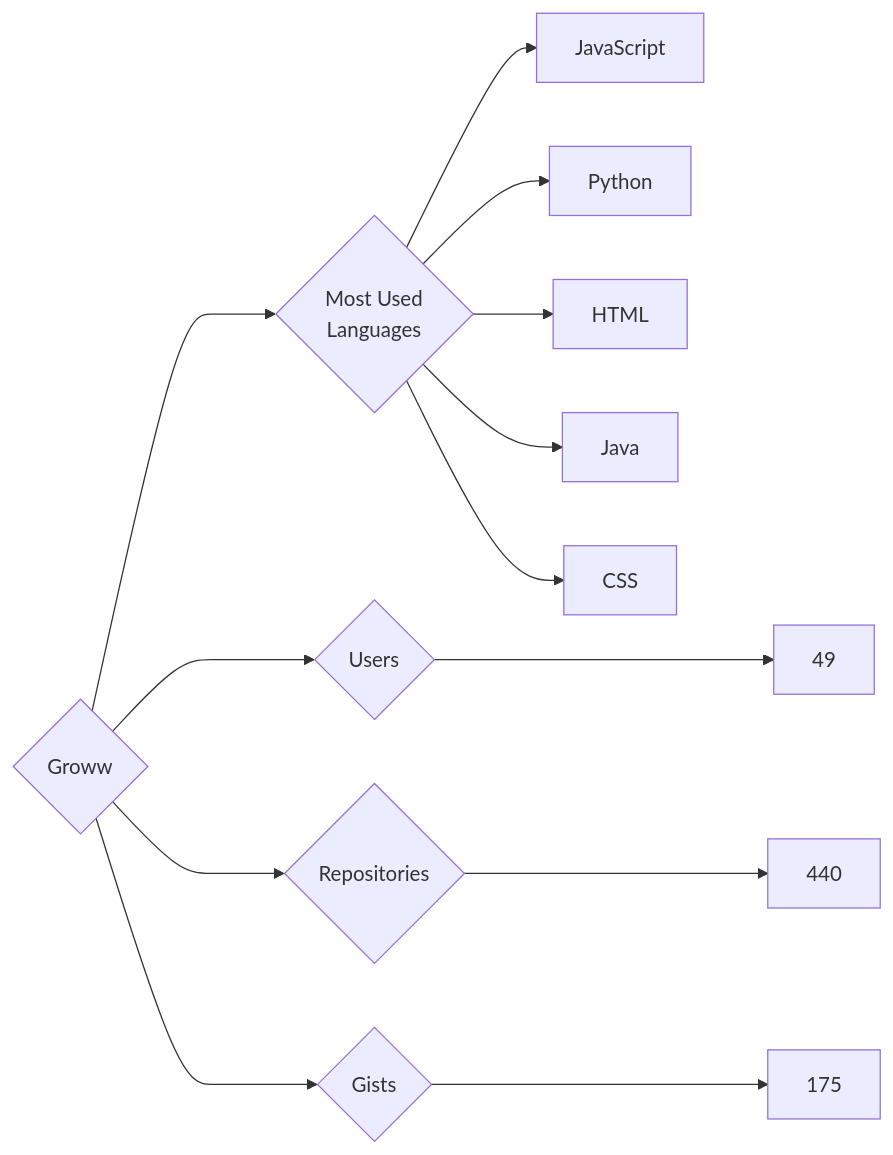
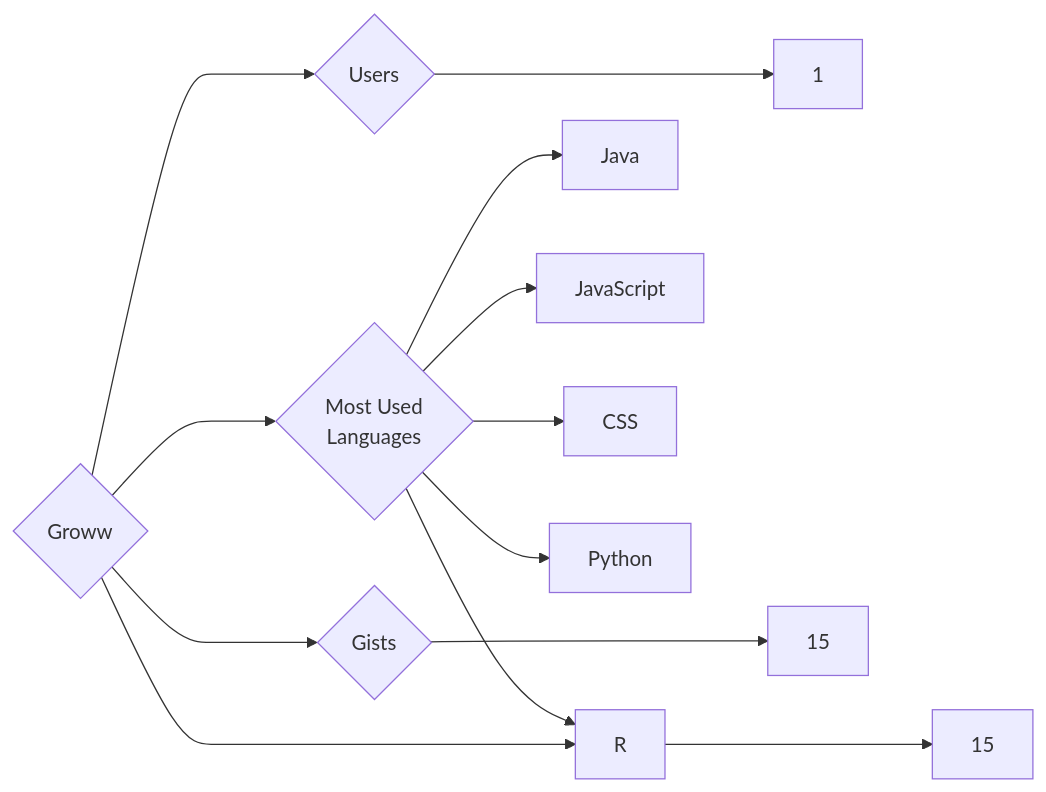
The diagram in targets/Groww/README.md (trickest/insiders), drawn with Mermaid before and after one commit. The commit also changed 930 other files, not shown here.

````diff
--- a/targets/Groww/README.md
+++ b/targets/Groww/README.md
@@ -3,13 +3,13 @@
 ```mermaid
 graph LR
 COMPANY_NAME{Groww}
-COMPANY_NAME ---> U{Users} ---> UN[49]
-COMPANY_NAME ---> R{Repositories} ---> RN[440]
-COMPANY_NAME ---> G{Gists} ---> GN[175]
+COMPANY_NAME ---> U{Users} ---> UN[1]
+COMPANY_NAME ---> R{Repositories} ---> RN[15]
+COMPANY_NAME ---> G{Gists} ---> GN[15]
 COMPANY_NAME ---> ML{Most Used<br>Languages}
+ML --> Java[Java]
 ML --> JavaScript[JavaScript]
+ML --> CSS[CSS]
+ML --> R[R]
 ML --> Python[Python]
-ML --> HTML[HTML]
-ML --> Java[Java]
-ML --> CSS[CSS]
 ```
````
